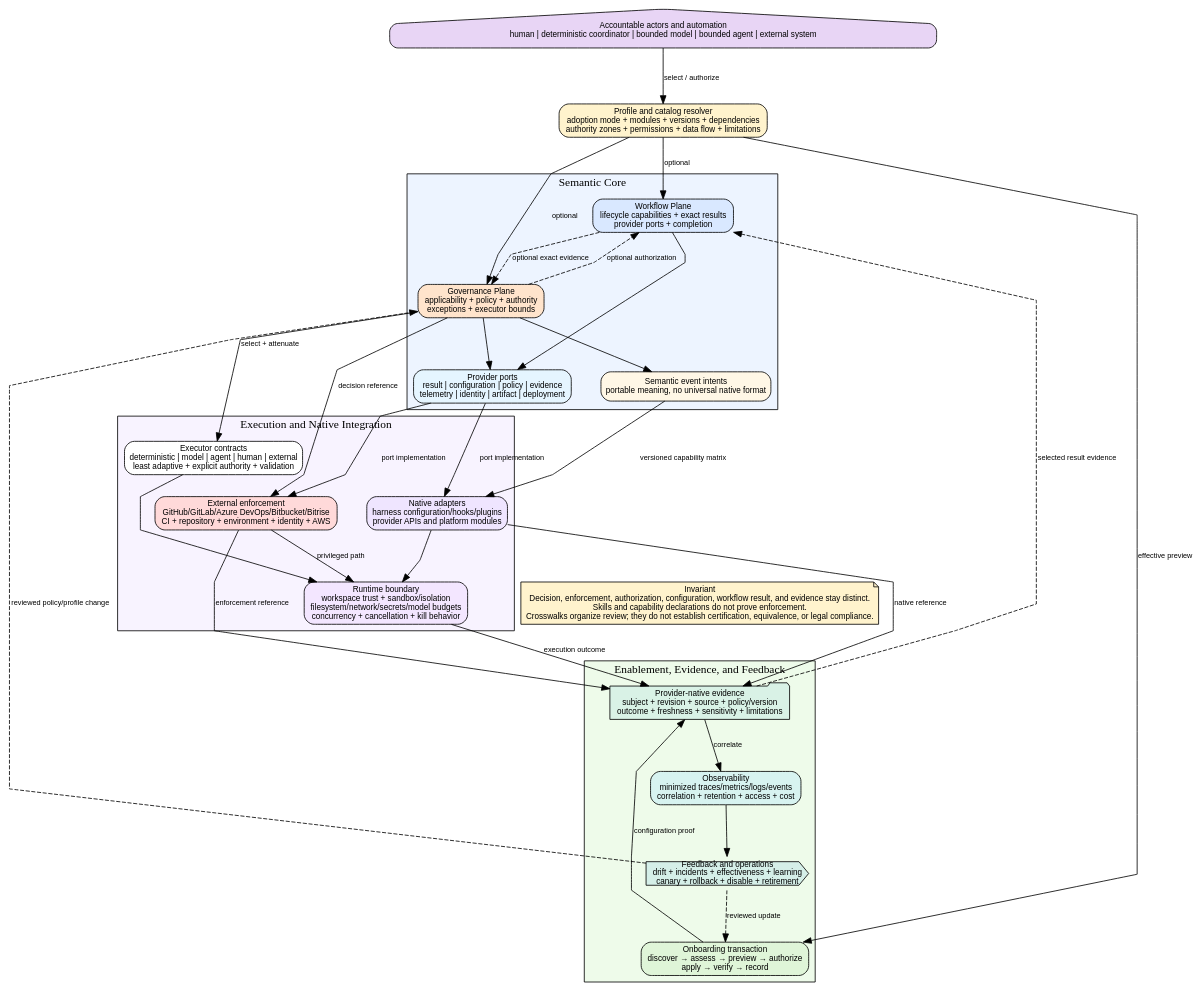
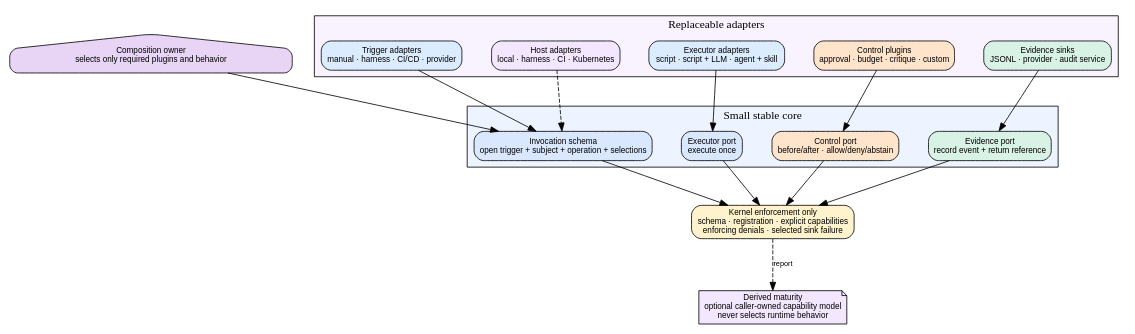
Before and after one commit to xonovex/platform: the diagram in packages/diagram/diagram-agent-workflow/target-architecture.dot, drawn with Graphviz. The commit also changed 316 other files, not shown here.

Commit message:
refactor: decouple workflow execution controls

```diff
--- a/packages/diagram/diagram-agent-workflow/target-architecture.dot
+++ b/packages/diagram/diagram-agent-workflow/target-architecture.dot
@@ -1,82 +1,51 @@
 digraph TargetArchitecture {
   rankdir=TB;
   compound=true;
   newrank=true;
-  splines=polyline;
   nodesep=0.5;
   ranksep=0.75;
 
-  node [shape=box, style="rounded,filled", fillcolor=white, fontname="Arial", fontsize=10];
+  node [shape=box, style="rounded,filled", fontname="Arial", fontsize=10];
   edge [fontname="Arial", fontsize=9];
 
-  actors [label="Accountable actors and automation\nhuman | deterministic coordinator | bounded model | bounded agent | external system", shape=house, fillcolor="#e8d5f5"];
-  composition [label="Profile and catalog resolver\nadoption mode + modules + versions + dependencies\nauthority zones + permissions + data flow + limitations", fillcolor="#fff3cd"];
-  actors -> composition [label="select / authorize"];
+  owner [label="Composition owner\nselects only required plugins and behavior", shape=house, fillcolor="#e8d5f5"];
 
-  subgraph cluster_contracts {
-    label="Semantic Core";
+  subgraph cluster_ports {
+    label="Small stable core";
     style=filled;
     fillcolor="#edf4ff";
 
-    workflow [label="Workflow Plane\nlifecycle capabilities + exact results\nprovider ports + completion", fillcolor="#d9e8ff"];
-    governance [label="Governance Plane\napplicability + policy + authority\nexceptions + executor bounds", fillcolor="#ffe4cc"];
-    events [label="Semantic event intents\nportable meaning, no universal native format", fillcolor="#fff7e6"];
-    providers [label="Provider ports\nresult | configuration | policy | evidence\ntelemetry | identity | artifact | deployment", fillcolor="#e5f5ff"];
-
-    workflow -> governance [label="optional exact evidence", style=dashed];
-    governance -> workflow [label="optional authorization", style=dashed];
-    governance -> events;
-    workflow -> providers;
-    governance -> providers;
+    invocation [label="Invocation schema\nopen trigger + subject + operation + selections", fillcolor="#d9e8ff"];
+    executor [label="Executor port\nexecute once", fillcolor="#d9e8ff"];
+    control [label="Control port\nbefore/after · allow/deny/abstain", fillcolor="#ffe4cc"];
+    evidence [label="Evidence port\nrecord event + return reference", fillcolor="#d9f2e6"];
   }
 
-  composition -> workflow [label="optional"];
-  composition -> governance [label="optional"];
-
-  subgraph cluster_execution {
-    label="Execution and Native Integration";
+  subgraph cluster_adapters {
+    label="Replaceable adapters";
     style=filled;
     fillcolor="#f8f3ff";
 
-    executors [label="Executor contracts\ndeterministic | model | agent | human | external\nleast adaptive + explicit authority + validation"];
-    native [label="Native adapters\nharness configuration/hooks/plugins\nprovider APIs and platform modules", fillcolor="#efe5ff"];
-    external [label="External enforcement\nGitHub/GitLab/Azure DevOps/Bitbucket/Bitrise\nCI + repository + environment + identity + AWS", fillcolor="#ffd9d9"];
-    runtime [label="Runtime boundary\nworkspace trust + sandbox/isolation\nfilesystem/network/secrets/model budgets\nconcurrency + cancellation + kill behavior", fillcolor="#f3e6ff"];
-
-    executors -> runtime;
-    native -> runtime;
-    external -> runtime [label="privileged path"];
+    triggers [label="Trigger adapters\nmanual · harness · CI/CD · provider", fillcolor="#dcecff"];
+    executors [label="Executor adapters\nscript · script + LLM · agent + skill", fillcolor="#dcecff"];
+    controls [label="Control plugins\napproval · budget · critique · custom", fillcolor="#ffe4cc"];
+    sinks [label="Evidence sinks\nJSONL · provider · audit service", fillcolor="#d9f2e6"];
+    hosts [label="Host adapters\nlocal · harness · CI · Kubernetes", fillcolor="#f3e6ff"];
   }
 
-  events -> native [label="versioned capability matrix"];
-  governance -> executors [label="select + attenuate"];
-  governance -> external [label="decision reference"];
-  providers -> native [label="port implementation"];
-  providers -> external [label="port implementation"];
+  owner -> invocation;
+  triggers -> invocation;
+  executors -> executor;
+  controls -> control;
+  sinks -> evidence;
+  hosts -> invocation [style=dashed];
 
-  subgraph cluster_operations {
-    label="Enablement, Evidence, and Feedback";
-    style=filled;
-    fillcolor="#eefbea";
+  kernel [label="Kernel enforcement only\nschema · registration · explicit capabilities\nenforcing denials · selected sink failure", fillcolor="#fff3cd"];
+  invocation -> kernel;
+  executor -> kernel;
+  control -> kernel;
+  evidence -> kernel;
 
-    onboarding [label="Onboarding transaction\ndiscover → assess → preview → authorize\napply → verify → record", fillcolor="#dff5d8"];
-    evidence [label="Provider-native evidence\nsubject + revision + source + policy/version\noutcome + freshness + sensitivity + limitations", shape=folder, fillcolor="#d9f2e6"];
-    observability [label="Observability\nminimized traces/metrics/logs/events\ncorrelation + retention + access + cost", fillcolor="#d7f3f0"];
-    feedback [label="Feedback and operations\ndrift + incidents + effectiveness + learning\ncanary + rollback + disable + retirement", shape=cds, fillcolor="#d5efe8"];
-
-    onboarding -> evidence [label="configuration proof"];
-    evidence -> observability [label="correlate"];
-    observability -> feedback;
-    feedback -> onboarding [label="reviewed update", style=dashed];
-  }
-
-  composition -> onboarding [label="effective preview"];
-  runtime -> evidence [label="execution outcome"];
-  native -> evidence [label="native reference"];
-  external -> evidence [label="enforcement reference"];
-  evidence -> workflow [label="selected result evidence", style=dashed];
-  feedback -> governance [label="reviewed policy/profile change", style=dashed];
-
-  invariant [label="Invariant\nDecision, enforcement, authorization, configuration, workflow result, and evidence stay distinct.\nSkills and capability declarations do not prove enforcement.\nCrosswalks organize review; they do not establish certification, equivalence, or legal compliance.", shape=note, fillcolor="#fff3cd"];
-  invariant -> evidence [style=invis];
+  maturity [label="Derived maturity\noptional caller-owned capability model\nnever selects runtime behavior", shape=note, fillcolor="#f3e6ff"];
+  kernel -> maturity [style=dashed, label="report"];
 }
```
